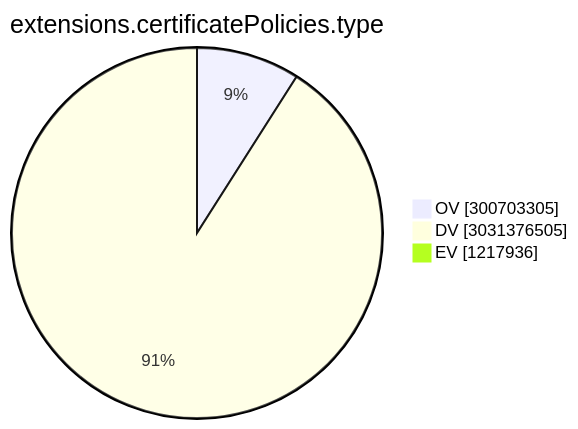
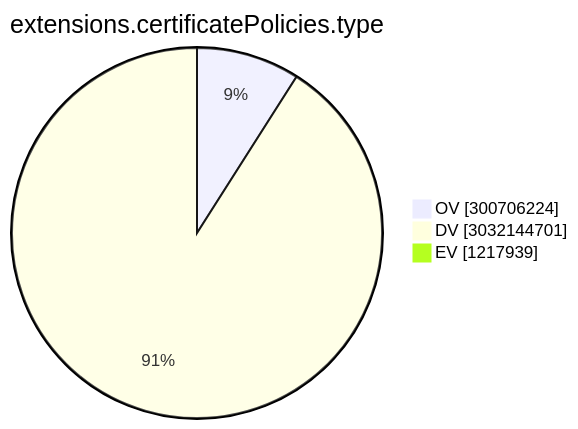
One commit to christiankrug/ctmonitor_visualization changed the ninth of 15 diagrams in TOTAL/README.md. Above: the diagram before and after it, drawn with Mermaid. The commit also changed other lines of this file, not shown here.

````diff
--- a/TOTAL/README.md
+++ b/TOTAL/README.md
@@ -3102,7 +3102,7 @@
 ```mermaid
 pie showData
 title extensions.certificatePolicies.type
-"OV" :300703305
-"DV" :3031376505
-"EV" :1217936
+"OV" :300706224
+"DV" :3032144701
+"EV" :1217939
 ```
````
